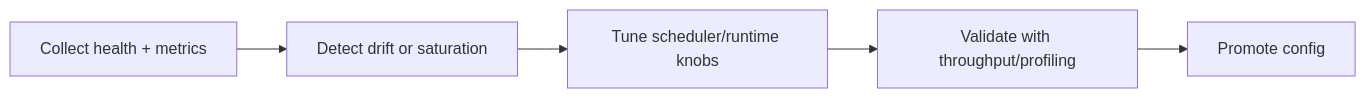
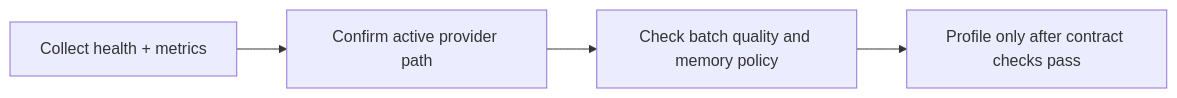
One commit to vjsingh1984/inferflux changed the first of 2 diagrams in docs/MONITORING.md. Above: the diagram before and after it, drawn with Mermaid. The commit also changed other lines of this file and 11 other files, not shown here.

````diff
--- a/docs/MONITORING.md
+++ b/docs/MONITORING.md
@@ -5,7 +6,6 @@
 ```mermaid
 flowchart LR
-    A[Collect health + metrics] --> B[Detect drift or saturation]
-    B --> C[Tune scheduler/runtime knobs]
-    C --> D[Validate with throughput/profiling]
-    D --> E[Promote config]
+    A[Collect health + metrics] --> B[Confirm active provider path]
+    B --> C[Check batch quality and memory policy]
+    C --> D[Profile only after contract checks pass]
 ```
````
